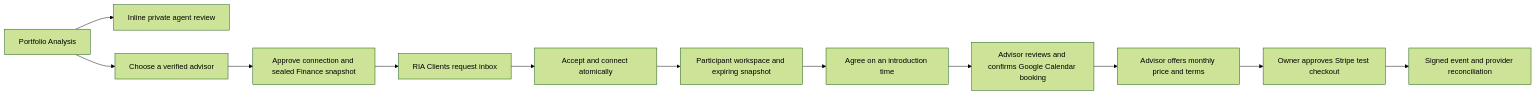
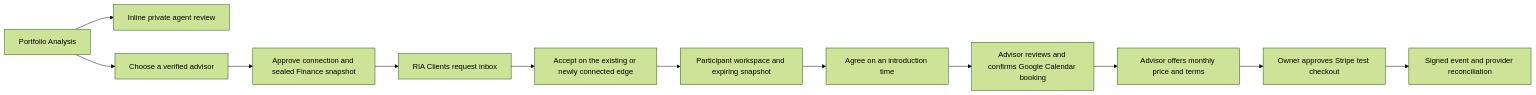
One commit to hushh-labs/hushh-research changed the diagram in docs/reference/kai/advisor-handshake.md. Above: the diagram before and after it, drawn with Mermaid (forest theme). The commit also changed other lines of this file and 8 other files, not shown here.

````diff
--- a/docs/reference/kai/advisor-handshake.md
+++ b/docs/reference/kai/advisor-handshake.md
@@ -5,14 +5,14 @@
 ```mermaid
 flowchart LR
   Analysis[Portfolio Analysis] --> Agent[Inline private agent review]
   Analysis --> Choose[Choose a verified advisor]
   Choose --> Approve[Approve connection and sealed Finance snapshot]
   Approve --> Pending[RIA Clients request inbox]
-  Pending --> Accept[Accept and connect atomically]
+  Pending --> Accept[Accept on the existing or newly connected edge]
   Accept --> Workspace[Participant workspace and expiring snapshot]
   Workspace --> Agree[Agree on an introduction time]
   Agree --> Calendar[Advisor reviews and confirms Google Calendar booking]
   Calendar --> Plan[Advisor offers monthly price and terms]
   Plan --> Checkout[Owner approves Stripe test checkout]
   Checkout --> Readback[Signed event and provider reconciliation]
 ```
````
